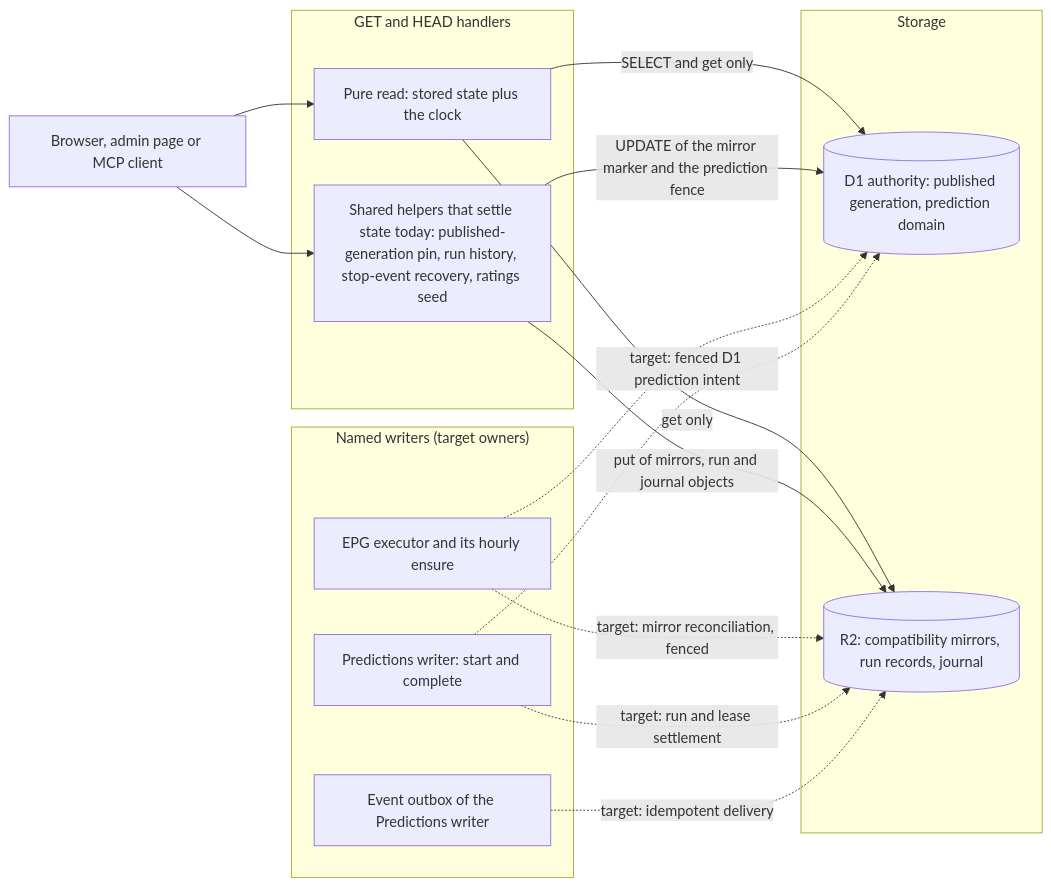
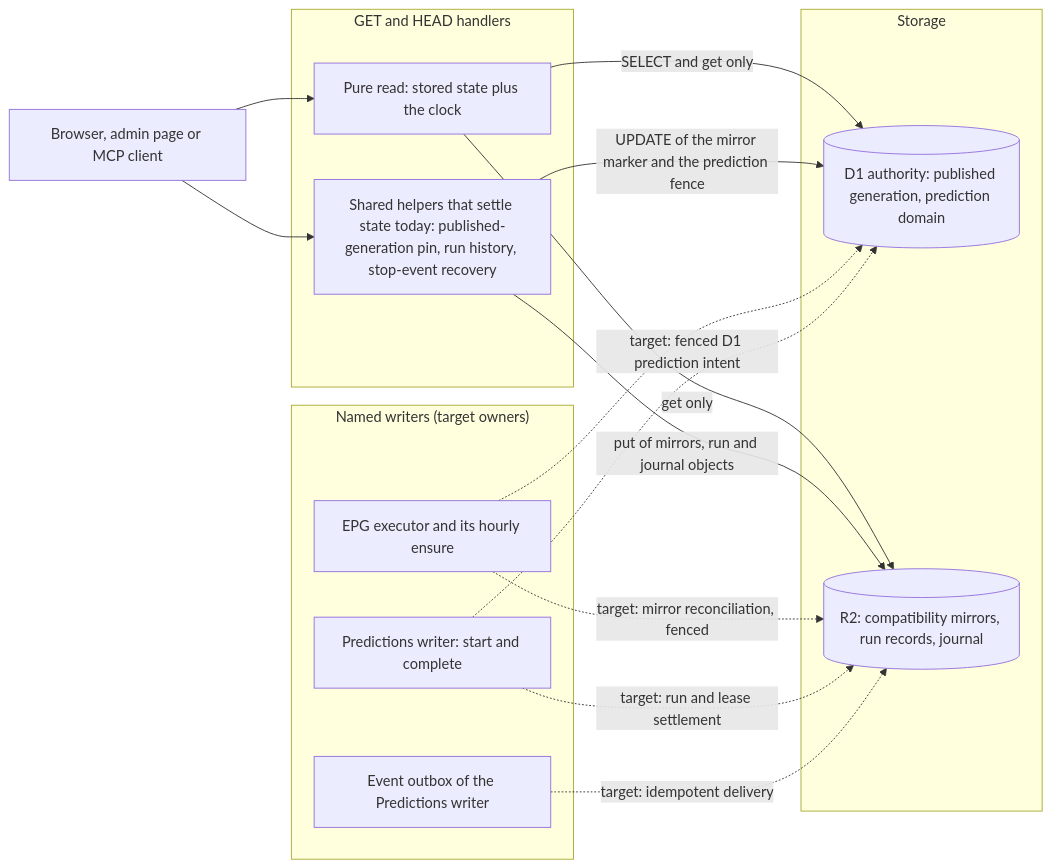
One commit to vladimino/iptv-watchlist changed the diagram in docs/architecture/read-side-effects.md. Above: the diagram before and after it, drawn with Mermaid. The commit also changed other lines of this file and 11 other files, not shown here.

First line of the commit message:
AIR-413: overlay ratings seed in GET /api/enrichment/view

````diff
--- a/docs/architecture/read-side-effects.md
+++ b/docs/architecture/read-side-effects.md
@@ -5,28 +5,28 @@
 ```mermaid
 flowchart LR
     client["Browser, admin page or MCP client"]
     subgraph Read["GET and HEAD handlers"]
         pure["Pure read: stored state plus the clock"]
-        helper["Shared helpers that settle state today: published-generation pin, run history, stop-event recovery, ratings seed"]
+        helper["Shared helpers that settle state today: published-generation pin, run history, stop-event recovery"]
     end
     subgraph Writers["Named writers (target owners)"]
         epg["EPG executor and its hourly ensure"]
         pred["Predictions writer: start and complete"]
         outbox["Event outbox of the Predictions writer"]
     end
     subgraph Storage["Storage"]
         d1[("D1 authority: published generation, prediction domain")]
         r2[("R2: compatibility mirrors, run records, journal")]
     end
     client --> pure
     client --> helper
     pure -->|"SELECT and get only"| d1
     pure -->|"get only"| r2
     helper -->|"UPDATE of the mirror marker and the prediction fence"| d1
     helper -->|"put of mirrors, run and journal objects"| r2
     epg -.->|"target: mirror reconciliation, fenced"| r2
     epg -.-> d1
     pred -.->|"target: run and lease settlement"| r2
     pred -.->|"target: fenced D1 prediction intent"| d1
     outbox -.->|"target: idempotent delivery"| r2
 ```
````
